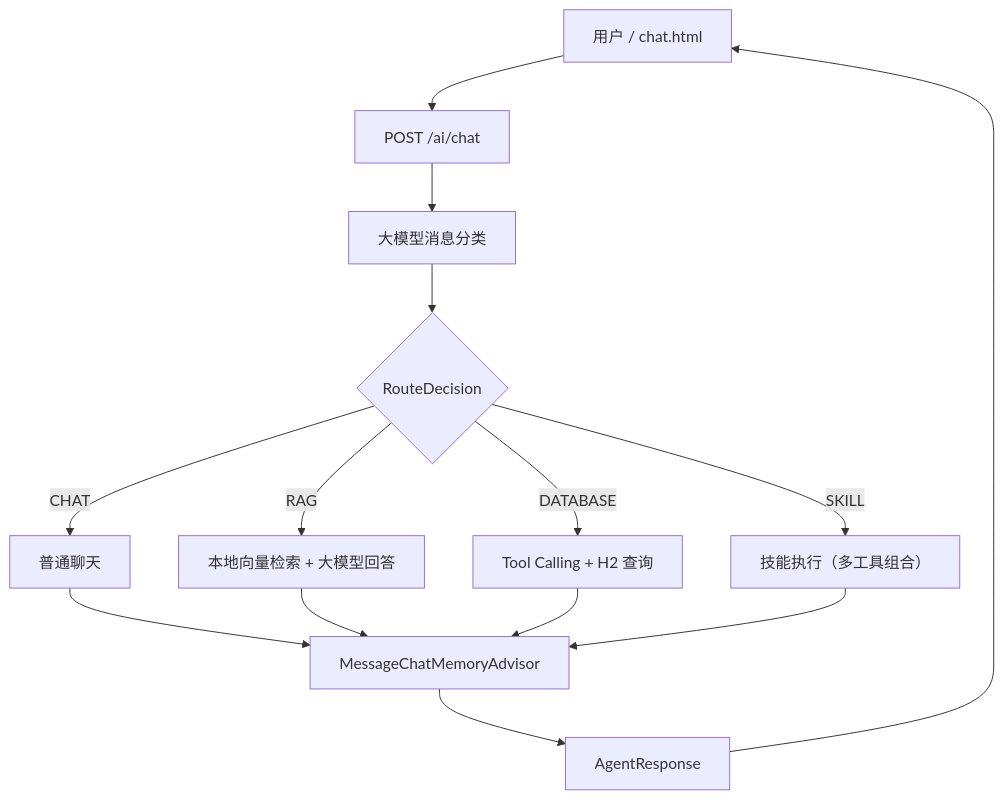
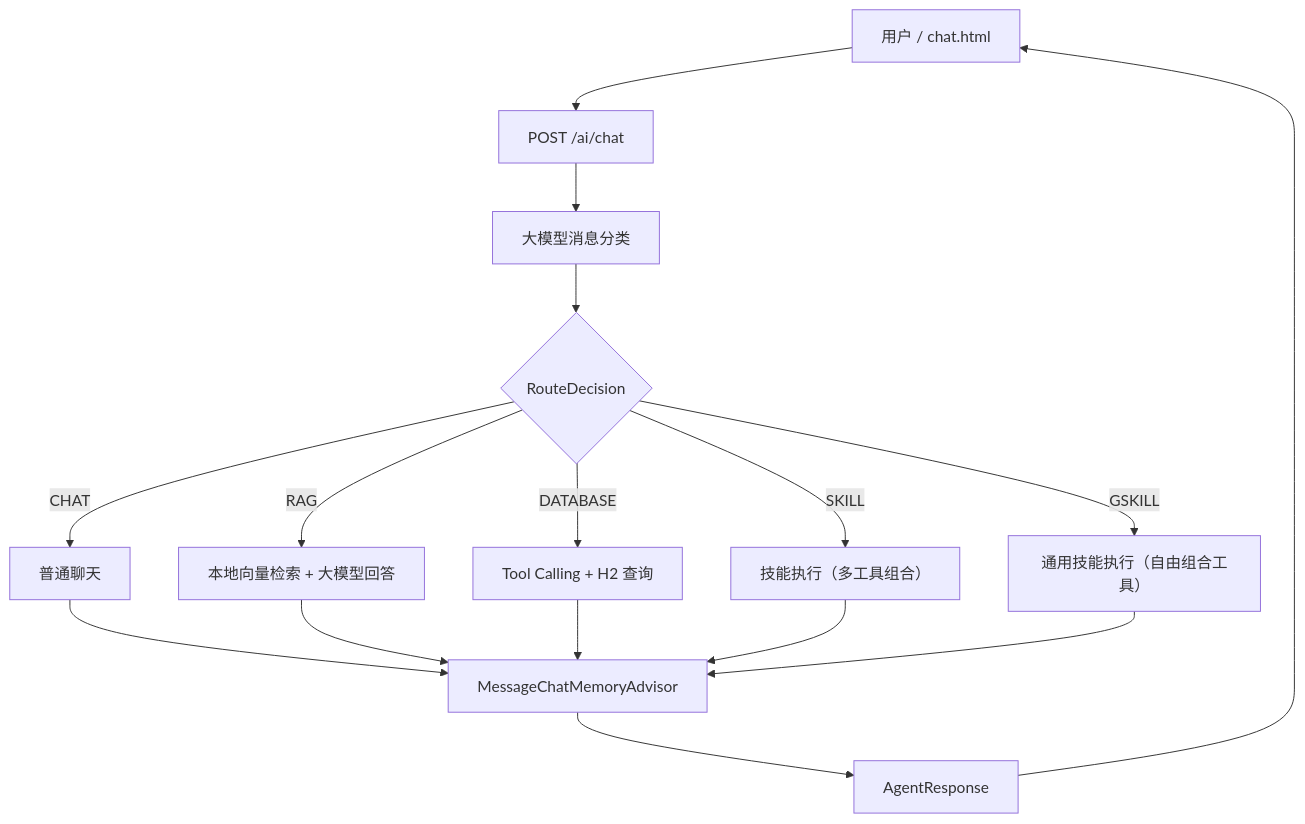
Before and after one commit to hdwang123/sagent: the diagram in README.md, drawn with Mermaid. The commit also changed other lines of this file and 6 other files, not shown here.

````diff
--- a/README.md
+++ b/README.md
@@ -37,16 +39,18 @@
 ```mermaid
 flowchart TD
     U["用户 / chat.html"] --> C["POST /ai/chat"]
     C --> R["大模型消息分类"]
     R --> D{"RouteDecision"}
     D -->|"CHAT"| CH["普通聊天"]
     D -->|"RAG"| RA["本地向量检索 + 大模型回答"]
     D -->|"DATABASE"| DB["Tool Calling + H2 查询"]
     D -->|"SKILL"| SK["技能执行（多工具组合）"]
+    D -->|"GSKILL"| GS["通用技能执行（自由组合工具）"]
     CH --> M["MessageChatMemoryAdvisor"]
     RA --> M
     DB --> M
     SK --> M
+    GS --> M
     M --> A["AgentResponse"]
     A --> U
 ```
````
